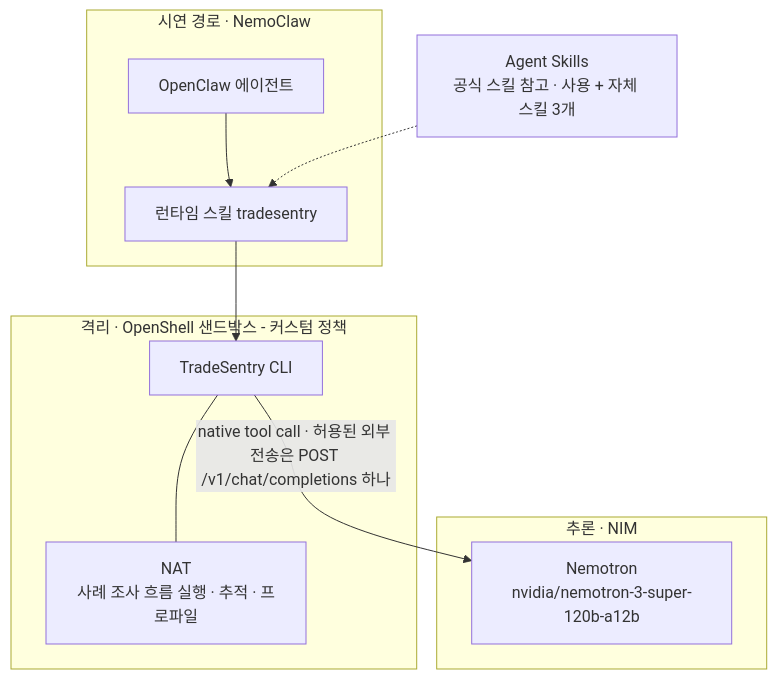
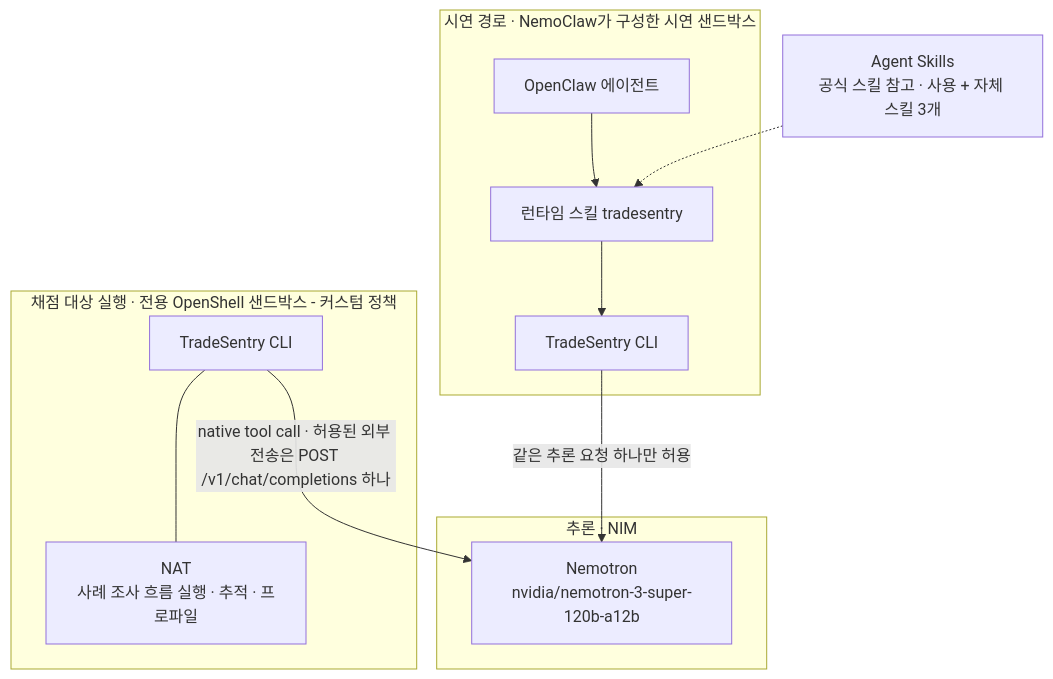
The fourth of 6 diagrams in README.md (JoeHwangHee/nvidia-hackathon-2026), drawn with Mermaid before and after one commit. The commit also changed other lines of this file and 1 other file, not shown here.

First line of the commit message:
docs(RDM1): 독립 검토 반영 — 조사 순서 그림을 코드·개발 플랜 6.7절에 맞춤(처음 두 조회·근거 확인은 코드, 모델용 도구 4개, 수정은 필요할 때), 시연·채점 샌드박스 분리 표시, 범례와 조회 선, 도구 서술 정확화 + status

````diff
--- a/README.md
+++ b/README.md
@@ -190,18 +202,19 @@
 ```mermaid
 flowchart TB
-  subgraph L1["시연 경로 · NemoClaw"]
+  subgraph L1["시연 경로 · NemoClaw가 구성한 시연 샌드박스"]
     NC["OpenClaw 에이전트"] --> SK["런타임 스킬 tradesentry"]
+    SK --> CLID["TradeSentry CLI"]
   end
-  subgraph L2["격리 · OpenShell 샌드박스 - 커스텀 정책"]
+  subgraph L2["채점 대상 실행 · 전용 OpenShell 샌드박스 - 커스텀 정책"]
     CLI["TradeSentry CLI"]
     NAT["NAT<br/>사례 조사 흐름 실행 · 추적 · 프로파일"]
     CLI --- NAT
   end
   subgraph L3["추론 · NIM"]
     NEM["Nemotron<br/>nvidia/nemotron-3-super-120b-a12b"]
   end
   AS["Agent Skills<br/>공식 스킬 참고 · 사용 + 자체 스킬 3개"]
-  SK --> CLI
   CLI -->|"native tool call · 허용된 외부 전송은 POST /v1/chat/completions 하나"| NEM
+  CLID -->|"같은 추론 요청 하나만 허용"| NEM
   AS -.-> SK
 ```
````
